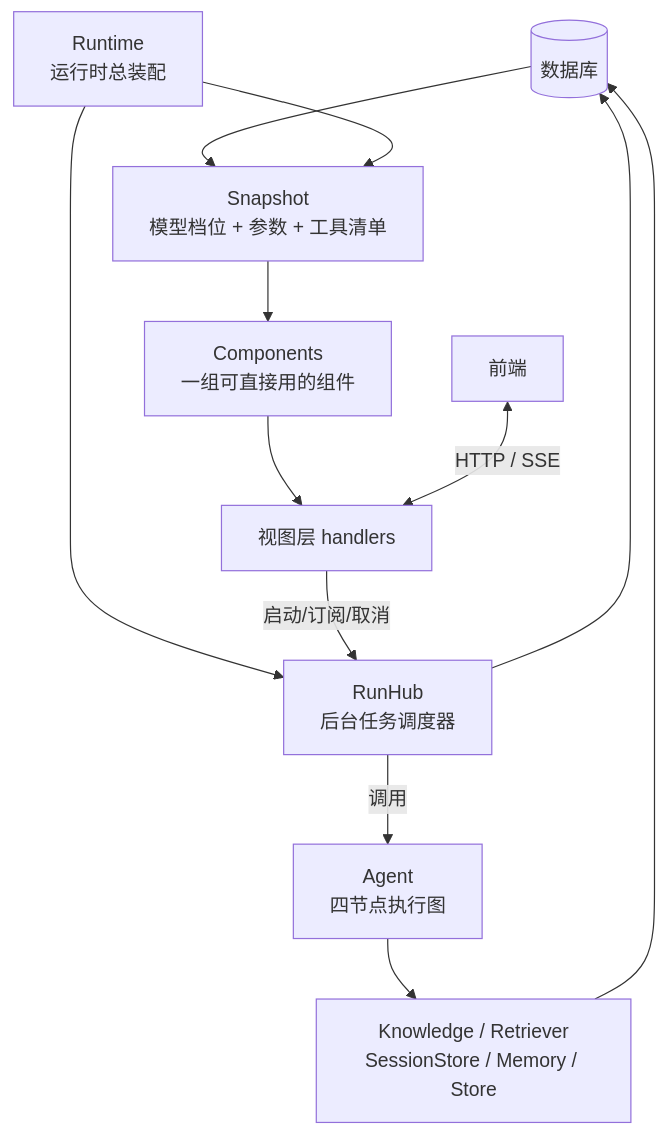
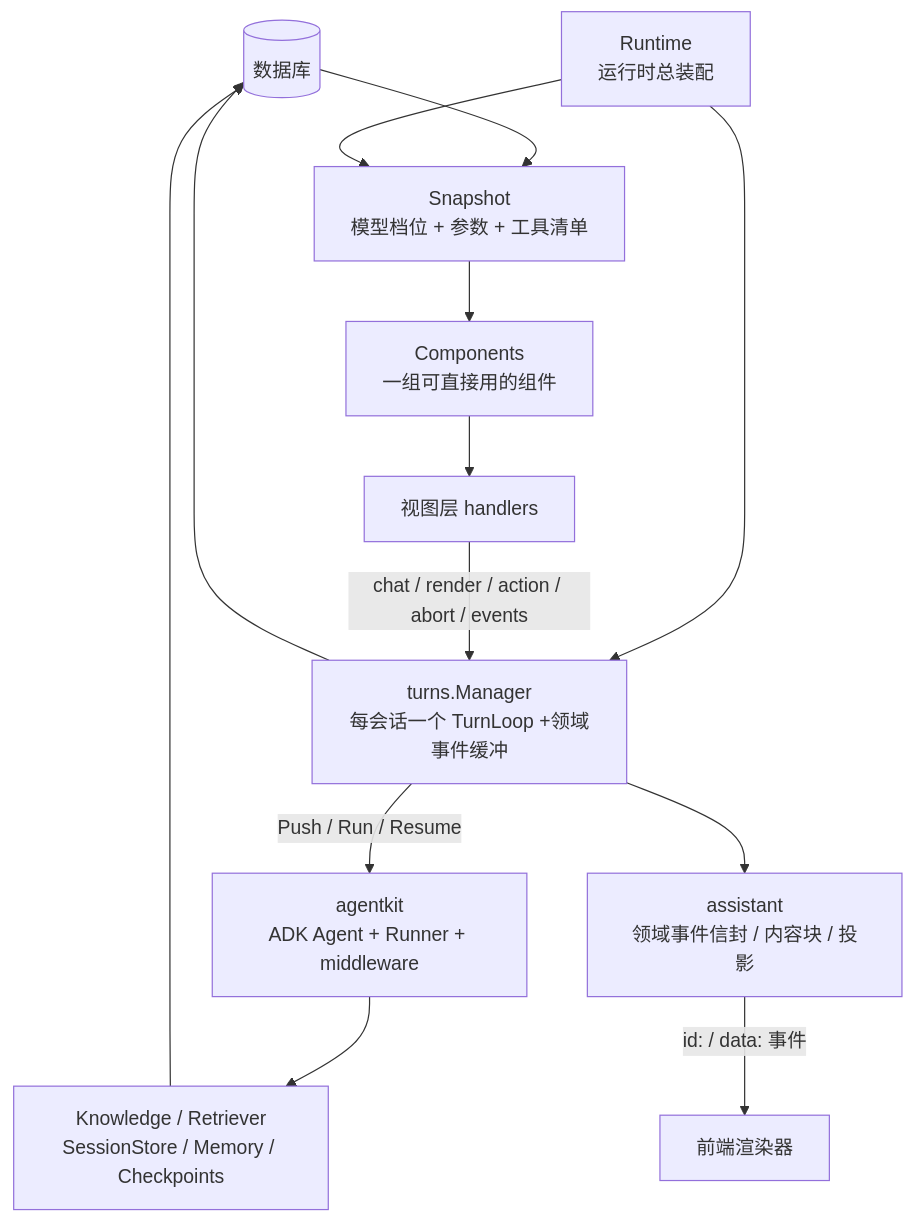
Before and after one commit to olinex/zhongkui: the second of 8 diagrams in docs/curated/explanation/agent-architecture.md, drawn with Mermaid. The commit also changed other lines of this file and 434 other files, not shown here.

````diff
--- a/docs/curated/explanation/agent-architecture.md
+++ b/docs/curated/explanation/agent-architecture.md
@@ -161,24 +164,26 @@
 ```mermaid
 flowchart TB
     DB[("数据库")]
     RT["Runtime\n运行时总装配"]
     SNAP["Snapshot\n模型档位 + 参数 + 工具清单"]
     COMPS["Components\n一组可直接用的组件"]
-    HUB["RunHub\n后台任务调度器"]
-    AGENT["Agent\n四节点执行图"]
-    SUB["Knowledge / Retriever\nSessionStore / Memory / Store"]
+    TURNS["turns.Manager\n每会话一个 TurnLoop +领域事件缓冲"]
+    AGENT["agentkit\nADK Agent + Runner + middleware"]
+    ASSIST["assistant\n领域事件信封 / 内容块 / 投影"]
+    SUB["Knowledge / Retriever\nSessionStore / Memory / Checkpoints"]
     VIEW["视图层 handlers"]
-    FE["前端"]
+    FE["前端渲染器"]
 
     DB --> SNAP
     RT --> SNAP
     SNAP --> COMPS
-    RT --> HUB
+    RT --> TURNS
     COMPS --> VIEW
-    VIEW -->|启动/订阅/取消| HUB
-    HUB -->|调用| AGENT
+    VIEW -->|chat / render / action / abort / events| TURNS
+    TURNS -->|Push / Run / Resume| AGENT
+    TURNS --> ASSIST
     AGENT --> SUB
     SUB --> DB
-    HUB --> DB
-    FE <-->|HTTP / SSE| VIEW
+    TURNS --> DB
+    ASSIST -->|id: / data: 事件| FE
 ```
````
